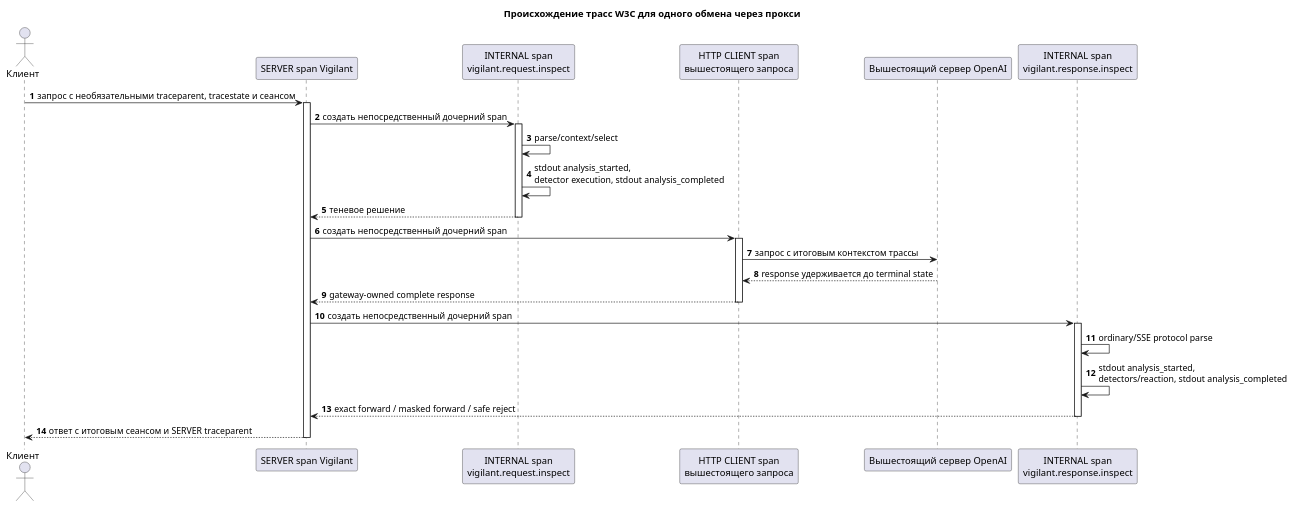
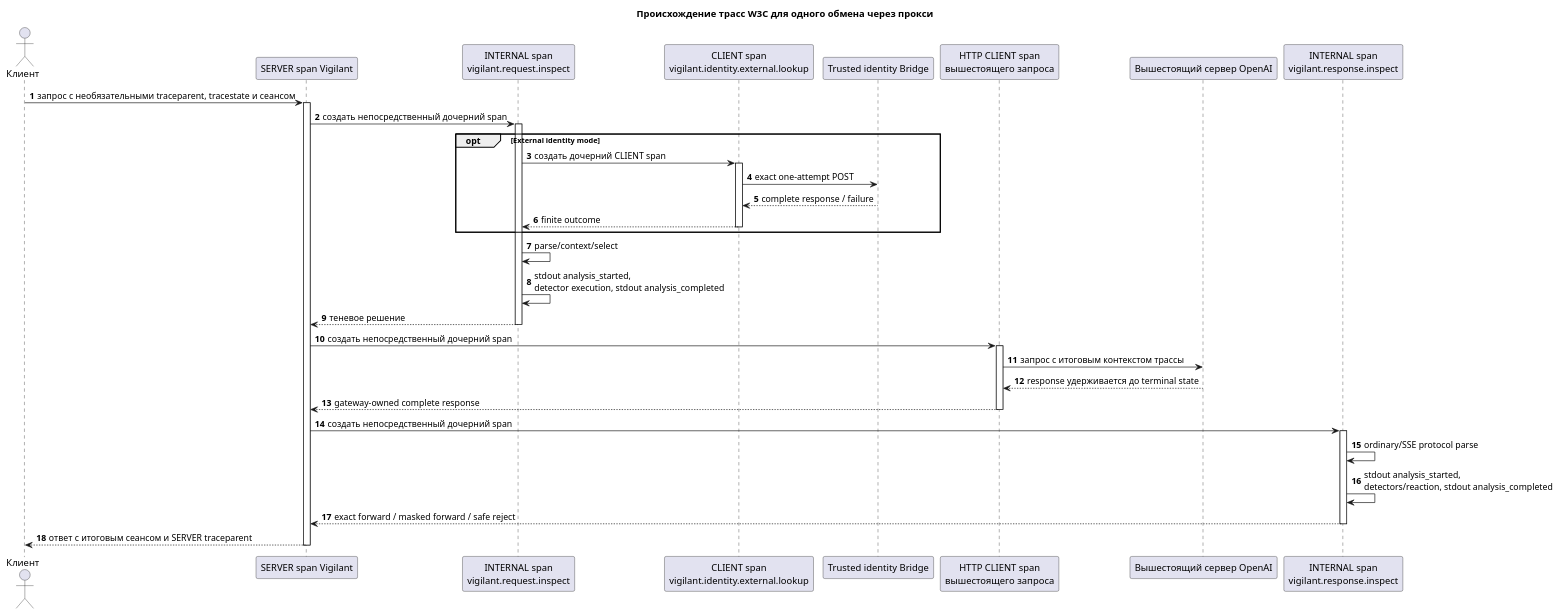
One commit to finnetrolle/vigilant changed the diagram in docs/diagrams/tracing-sequence.puml. Above: the diagram before and after it, drawn with PlantUML. The commit also changed 47 other files, not shown here.

Commit message:
feat(identity): add external identity lookup

```diff
--- a/docs/diagrams/tracing-sequence.puml
+++ b/docs/diagrams/tracing-sequence.puml
@@ -1,34 +1,44 @@
 @startuml
 title Происхождение трасс W3C для одного обмена через прокси
 autonumber
 
 actor "Клиент" as Client
 participant "SERVER span Vigilant" as Server
 participant "INTERNAL span\nvigilant.request.inspect" as RequestInspect
+participant "CLIENT span\nvigilant.identity.external.lookup" as IdentityLookup
+participant "Trusted identity Bridge" as Bridge
 participant "HTTP CLIENT span\nвышестоящего запроса" as UpstreamSpan
 participant "Вышестоящий сервер OpenAI" as Upstream
 participant "INTERNAL span\nvigilant.response.inspect" as ResponseInspect
 
 Client -> Server : запрос с необязательными traceparent, tracestate и сеансом
 activate Server
 Server -> RequestInspect : создать непосредственный дочерний span
 activate RequestInspect
+opt External identity mode
+  RequestInspect -> IdentityLookup : создать дочерний CLIENT span
+  activate IdentityLookup
+  IdentityLookup -> Bridge : exact one-attempt POST
+  Bridge --> IdentityLookup : complete response / failure
+  IdentityLookup --> RequestInspect : finite outcome
+  deactivate IdentityLookup
+end
 RequestInspect -> RequestInspect : parse/context/select
 RequestInspect -> RequestInspect : stdout analysis_started,\ndetector execution, stdout analysis_completed
 RequestInspect --> Server : теневое решение
 deactivate RequestInspect
 Server -> UpstreamSpan : создать непосредственный дочерний span
 activate UpstreamSpan
 UpstreamSpan -> Upstream : запрос с итоговым контекстом трассы
 Upstream --> UpstreamSpan : response удерживается до terminal state
 UpstreamSpan --> Server : gateway-owned complete response
 deactivate UpstreamSpan
 Server -> ResponseInspect : создать непосредственный дочерний span
 activate ResponseInspect
 ResponseInspect -> ResponseInspect : ordinary/SSE protocol parse
 ResponseInspect -> ResponseInspect : stdout analysis_started,\ndetectors/reaction, stdout analysis_completed
 ResponseInspect --> Server : exact forward / masked forward / safe reject
 deactivate ResponseInspect
 Server --> Client : ответ с итоговым сеансом и SERVER traceparent
 deactivate Server
 @enduml
```
